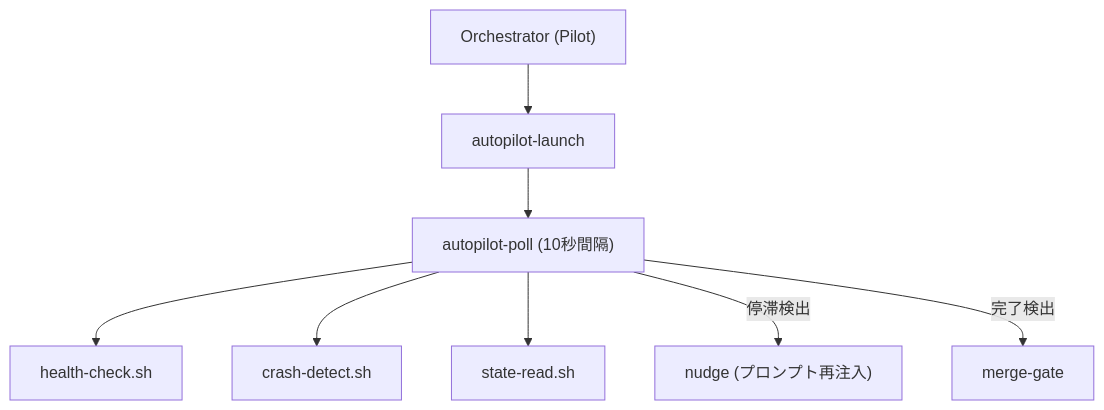
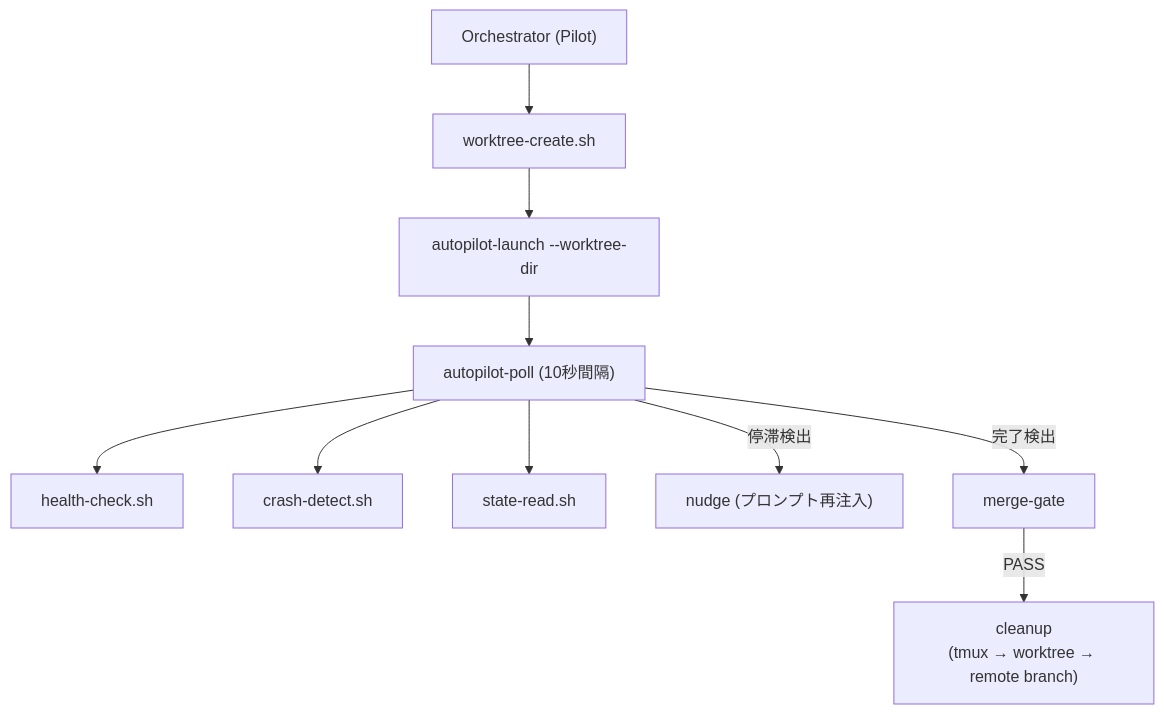
The fourth of 6 diagrams in plugins/dev/architecture/domain/model.md (shuu5/twill), drawn with Mermaid before and after one commit. The commit also changed other lines of this file and 6 other files, not shown here.

First line of the commit message:
docs(architecture): #210-#212 反映 - ADR-008, DCI双方向化, drift detection

````diff
--- a/plugins/dev/architecture/domain/model.md
+++ b/plugins/dev/architecture/domain/model.md
@@ -205,10 +205,12 @@
 ```mermaid
 flowchart TD
-    O["Orchestrator (Pilot)"] --> L["autopilot-launch"]
+    O["Orchestrator (Pilot)"] --> WT["worktree-create.sh"]
+    WT --> L["autopilot-launch --worktree-dir"]
     L --> P["autopilot-poll (10秒間隔)"]
     P --> HC["health-check.sh"]
     P --> CD["crash-detect.sh"]
     P --> SR["state-read.sh"]
     P -->|停滞検出| N["nudge (プロンプト再注入)"]
     P -->|完了検出| MG["merge-gate"]
+    MG -->|PASS| CL["cleanup<br/>(tmux → worktree → remote branch)"]
 ```
````
